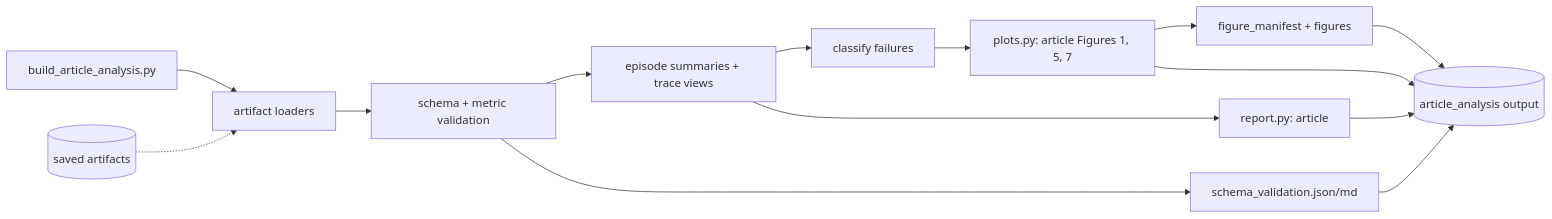
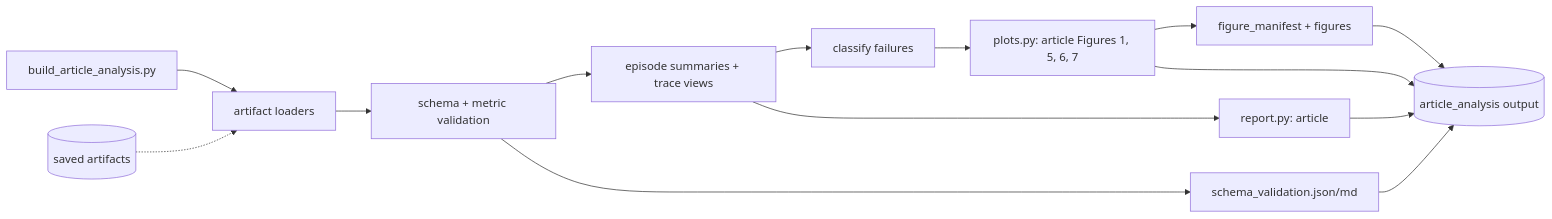
Before and after one commit to palindromeRice/openEnvRL: the sixth of 6 diagrams in docs/notes/flow.md, drawn with Mermaid. The commit also changed other lines of this file and 6 other files, not shown here.

````diff
--- a/docs/notes/flow.md
+++ b/docs/notes/flow.md
@@ -102,17 +102,17 @@
 ```mermaid
 flowchart LR
     A1["build_article_analysis.py"] --> A2["artifact loaders"]
     A2 --> A3["schema + metric validation"]
     A3 --> A4["episode summaries + trace views"]
     A4 --> A5["classify failures"]
-    A5 --> A6["plots.py: article Figures 1, 5, 7"]
+    A5 --> A6["plots.py: article Figures 1, 5, 6, 7"]
     A4 --> A7["report.py: article"]
     A3 --> A8["schema_validation.json/md"]
     A6 --> A9["figure_manifest + figures"]
 
     I1[("saved artifacts")] -.-> A2
     A6 --> O1[("article_analysis output")]
     A7 --> O1
     A8 --> O1
     A9 --> O1
 ```
````
